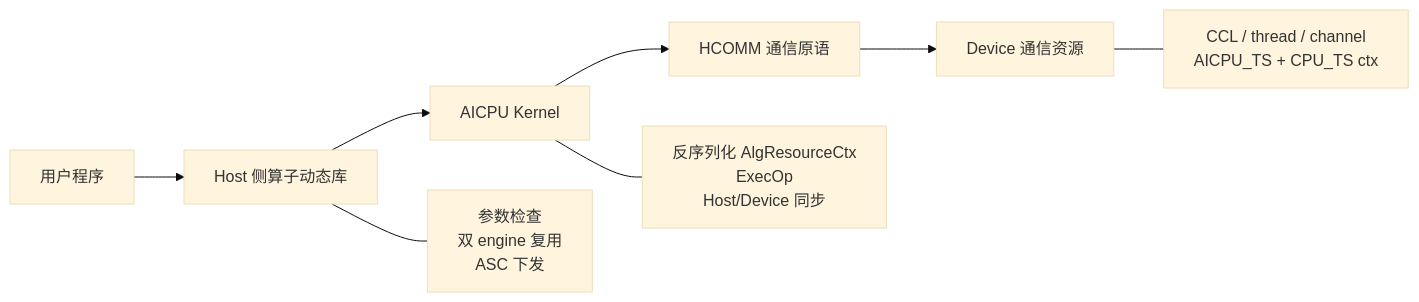
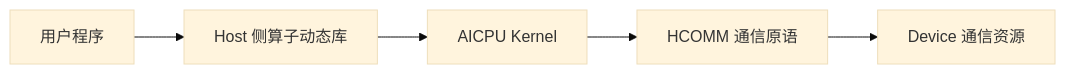
One commit to qingshangyan12/my_code changed the first of 3 diagrams in docs/aicpu_custom_communication_op_design.md. Above: the diagram before and after it, drawn with Mermaid (base theme). The commit also changed other lines of this file, not shown here.

````diff
--- a/docs/aicpu_custom_communication_op_design.md
+++ b/docs/aicpu_custom_communication_op_design.md
@@ -68,11 +58,7 @@
 ```mermaid
 flowchart LR
     U[用户程序] --> H[Host 侧算子动态库]
     H --> A[AICPU Kernel]
     A --> C[HCOMM 通信原语]
     C --> D[Device 通信资源]
-
-    H --- H1[参数检查\n双 engine 复用\nASC 下发]
-    A --- A1[反序列化 AlgResourceCtx\nExecOp\nHost/Device 同步]
-    D --- D1[CCL / thread / channel\nAICPU_TS + CPU_TS ctx]
 ```
````
